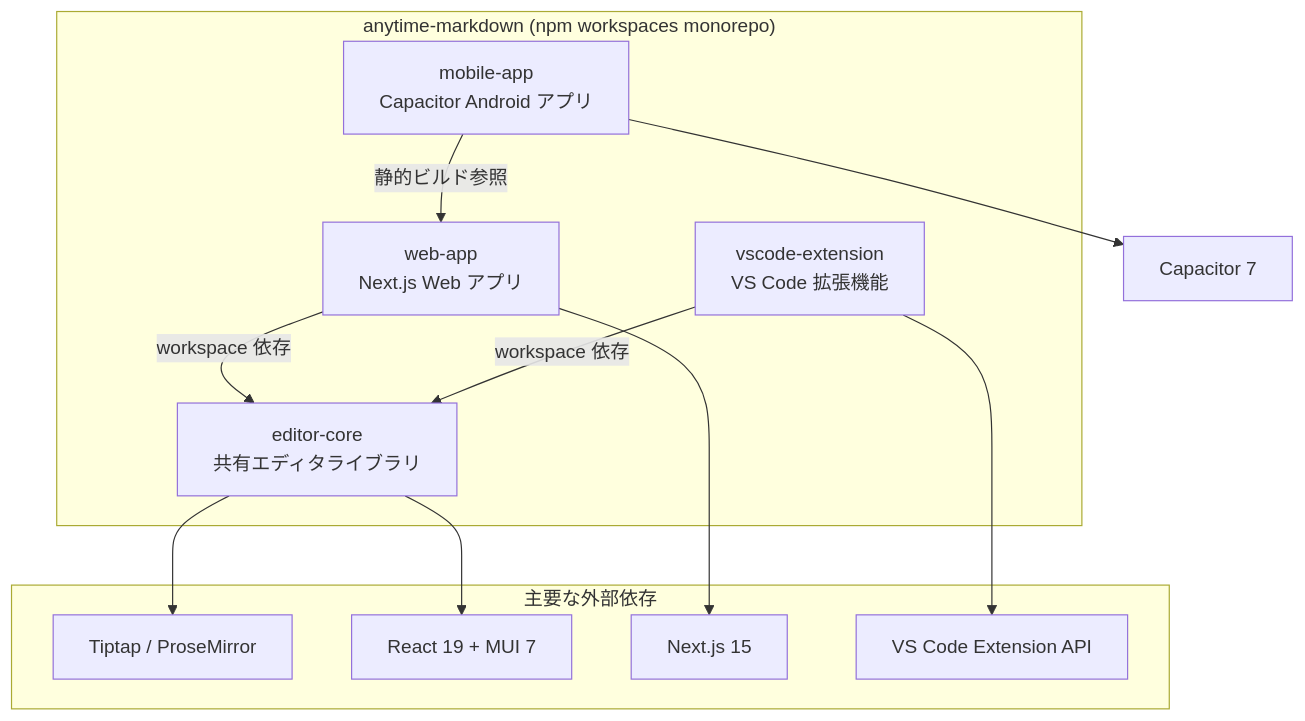
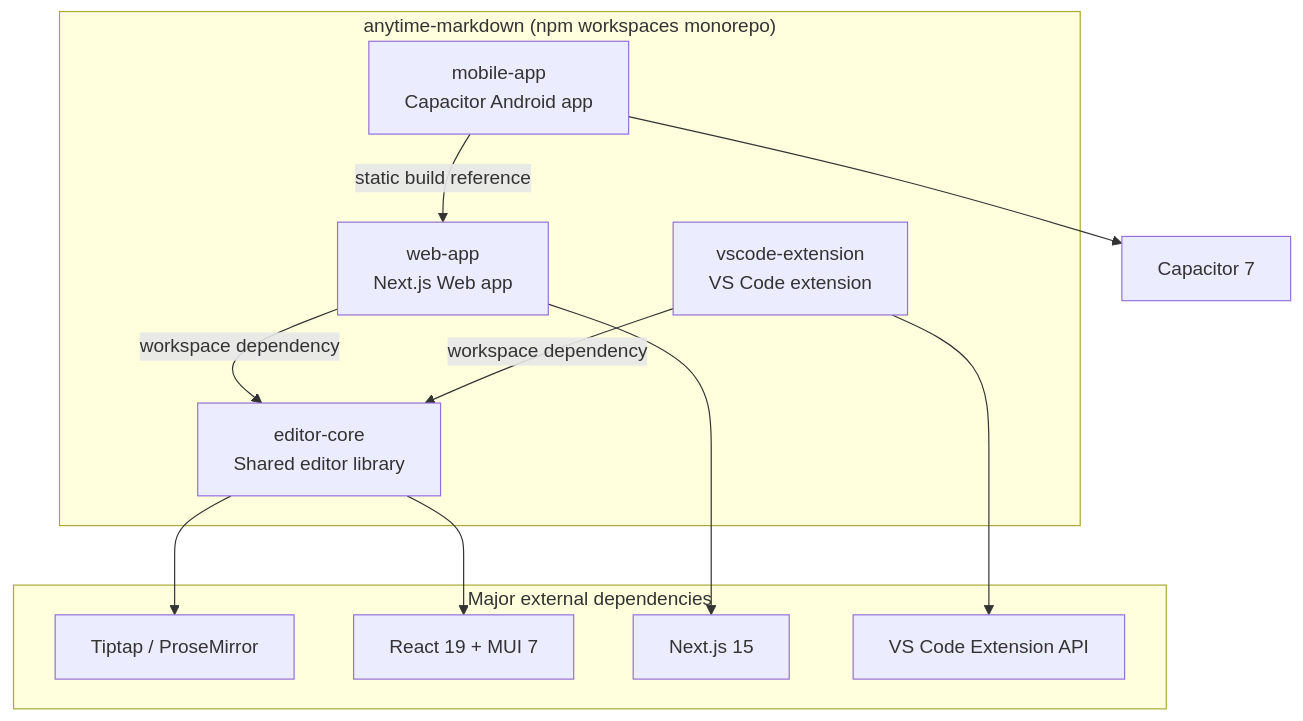
One commit to anytime-trial/anytime-markdown changed the diagram in README.md. Above: the diagram before and after it, drawn with Mermaid. The commit also changed other lines of this file, not shown here.

````diff
--- a/README.md
+++ b/README.md
@@ -25,28 +25,28 @@
 ```mermaid
 flowchart TD
-    %% ノード定義
+    %% Node definitions
     subgraph mono ["anytime-markdown (npm workspaces monorepo)"]
-        EC["editor-core<br/>共有エディタライブラリ"]
-        WA["web-app<br/>Next.js Web アプリ"]
-        VE["vscode-extension<br/>VS Code 拡張機能"]
-        MA["mobile-app<br/>Capacitor Android アプリ"]
+        EC["editor-core<br/>Shared editor library"]
+        WA["web-app<br/>Next.js Web app"]
+        VE["vscode-extension<br/>VS Code extension"]
+        MA["mobile-app<br/>Capacitor Android app"]
     end
 
-    subgraph deps ["主要な外部依存"]
+    subgraph deps ["Major external dependencies"]
         Tiptap["Tiptap / ProseMirror"]
         React["React 19 + MUI 7"]
         Next["Next.js 15"]
         VSCodeAPI["VS Code Extension API"]
     end
 
-    %% 接続定義
-    WA -->|"workspace 依存"| EC
-    VE -->|"workspace 依存"| EC
-    MA -->|"静的ビルド参照"| WA
+    %% Connections
+    WA -->|"workspace dependency"| EC
+    VE -->|"workspace dependency"| EC
+    MA -->|"static build reference"| WA
 
     EC --> Tiptap
     EC --> React
     WA --> Next
     VE --> VSCodeAPI
     MA --> Capacitor["Capacitor 7"]
 ```
````
